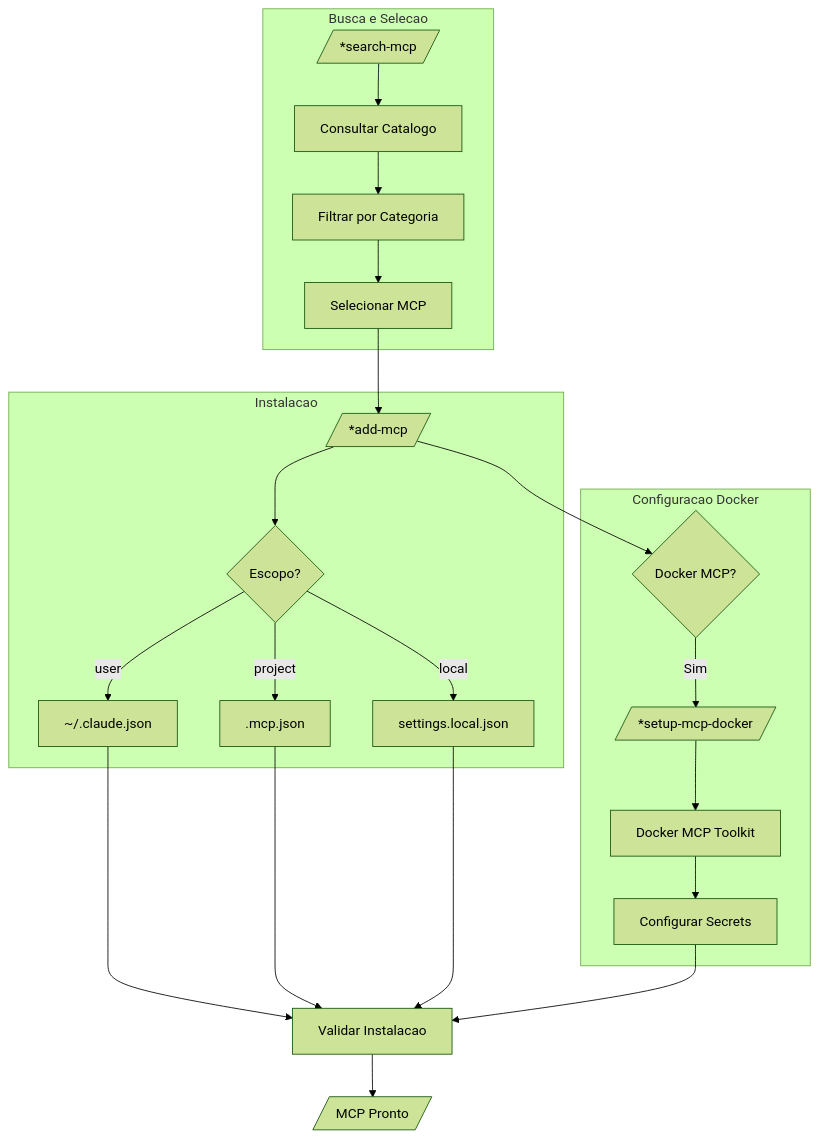
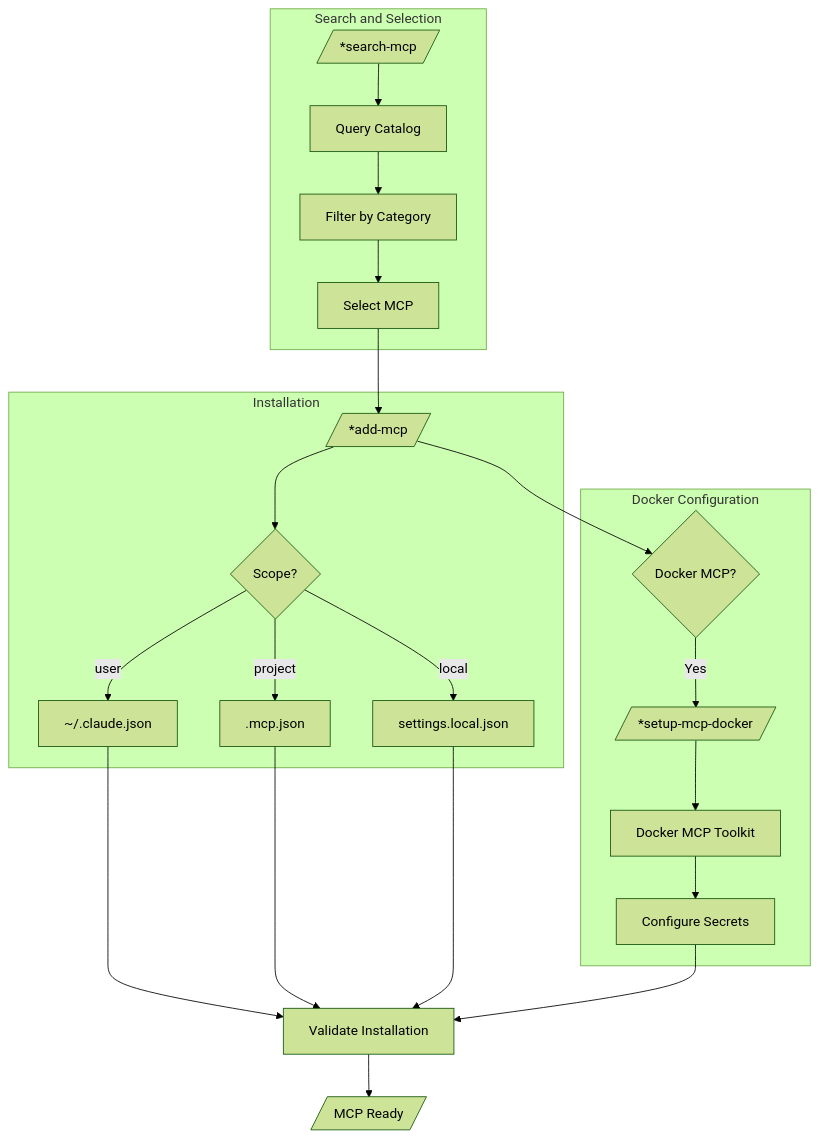
One commit to CyryxLabs/AEXOS changed the fourth of 7 diagrams in docs/aexos-agent-flows/devops-system.md. Above: the diagram before and after it, drawn with Mermaid (forest theme). The commit also changed other lines of this file and 528 other files, not shown here.

````diff
--- a/docs/aexos-agent-flows/devops-system.md
+++ b/docs/aexos-agent-flows/devops-system.md
@@ -178,27 +178,27 @@
 ```mermaid
 flowchart TD
-    subgraph "Busca e Selecao"
-        SEARCH[/"*search-mcp"/] --> CATALOG["Consultar Catalogo"]
-        CATALOG --> FILTER["Filtrar por Categoria"]
-        FILTER --> SELECT["Selecionar MCP"]
+    subgraph "Search and Selection"
+        SEARCH[/"*search-mcp"/] --> CATALOG["Query Catalog"]
+        CATALOG --> FILTER["Filter by Category"]
+        FILTER --> SELECT["Select MCP"]
     end
 
-    subgraph "Instalacao"
+    subgraph "Installation"
         SELECT --> ADD[/"*add-mcp"/]
-        ADD --> SCOPE{"Escopo?"}
+        ADD --> SCOPE{"Scope?"}
         SCOPE -->|user| GLOBAL["~/.claude.json"]
         SCOPE -->|project| PROJECT[".mcp.json"]
         SCOPE -->|local| LOCAL["settings.local.json"]
     end
 
-    subgraph "Configuracao Docker"
+    subgraph "Docker Configuration"
         ADD --> DOCKER{Docker MCP?}
-        DOCKER -->|Sim| SETUP[/"*setup-mcp-docker"/]
+        DOCKER -->|Yes| SETUP[/"*setup-mcp-docker"/]
         SETUP --> TOOLKIT["Docker MCP Toolkit"]
-        TOOLKIT --> SECRETS["Configurar Secrets"]
+        TOOLKIT --> SECRETS["Configure Secrets"]
     end
 
-    GLOBAL & PROJECT & LOCAL --> VALIDATE["Validar Instalacao"]
+    GLOBAL & PROJECT & LOCAL --> VALIDATE["Validate Installation"]
     SECRETS --> VALIDATE
-    VALIDATE --> READY[/"MCP Pronto"/]
+    VALIDATE --> READY[/"MCP Ready"/]
 ```
````
